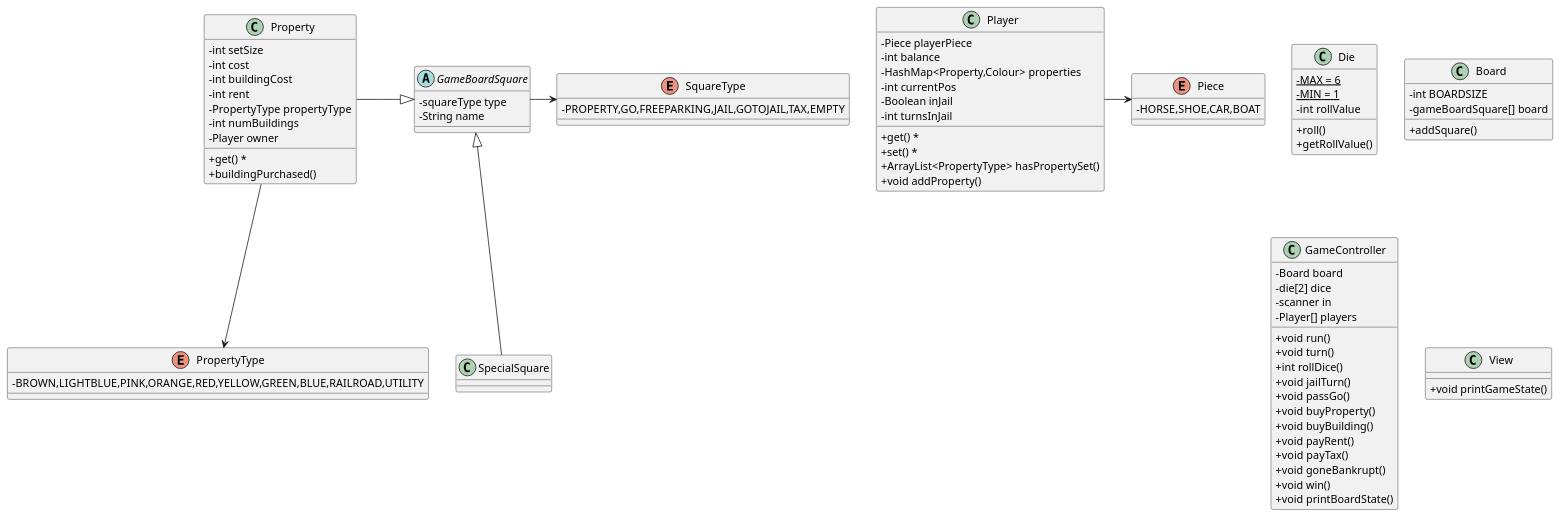
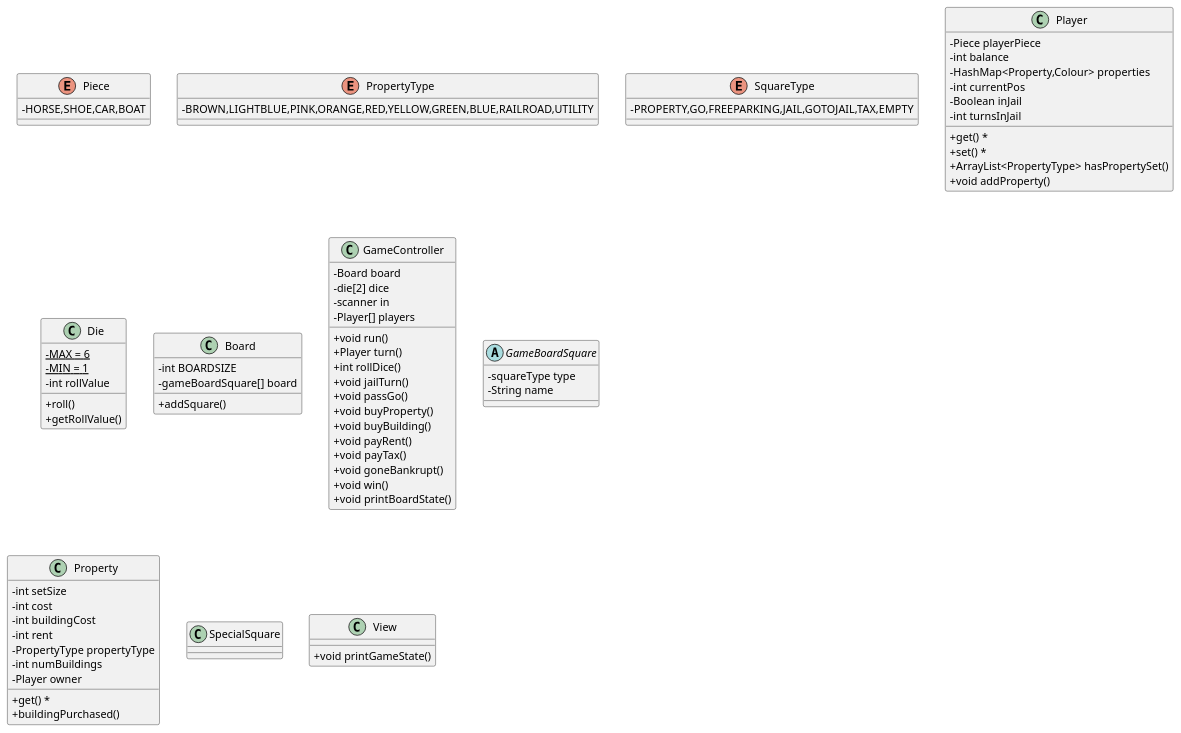
The diagram in src/UML.puml (Everfeather/monopoly_12), drawn with PlantUML before and after one commit. The commit also changed 2 other files, not shown here.

Commit message:
fixed: propertyType, squareType

```diff
--- a/src/UML.puml
+++ b/src/UML.puml
@@ -1,100 +1,100 @@
 @startuml
 
 'https://plantuml.com/class-diagram
 skinparam classAttributeIconSize 0
 
 
-Property -|> GameBoardSquare
-Property --> PropertyType
+'Property -|> GameBoardSquare
+'Property --> PropertyType
 
-Player -> Piece
+'Player -> Piece
 
-SpecialSquare --up|> GameBoardSquare
+'SpecialSquare --up|> GameBoardSquare
 
-GameBoardSquare -> SquareType
+'GameBoardSquare -> SquareType
 
 enum Piece{
     -HORSE,SHOE,CAR,BOAT
 }
 
 enum PropertyType{
     -BROWN,LIGHTBLUE,PINK,ORANGE,RED,YELLOW,GREEN,BLUE,RAILROAD,UTILITY
 }
 
 enum SquareType{
     -PROPERTY,GO,FREEPARKING,JAIL,GOTOJAIL,TAX,EMPTY
 }
 
 class Player{
     -Piece playerPiece
     -int balance
     -HashMap<Property,Colour> properties
     -int currentPos
     -Boolean inJail
     -int turnsInJail
     + get() *
     + set() *
     + ArrayList<PropertyType> hasPropertySet()
     + void addProperty()
 }
 
 class Die{
     - {static} MAX = 6
     - {static} MIN = 1
     -int rollValue
     +roll()
     +getRollValue()
 }
 
 class Board{
     - int BOARDSIZE
     - gameBoardSquare[] board
     + addSquare()
 }
 
 class GameController{
     -Board board
     -die[2] dice
     -scanner in
     -Player[] players
     +void run()
-    +void turn()
+    +Player turn()
     +int rollDice()
     +void jailTurn()
     +void passGo()
     +void buyProperty()
     +void buyBuilding()
     +void payRent()
     +void payTax()
     +void goneBankrupt()
     +void win()
     +void printBoardState()
 
 }
 
 abstract class GameBoardSquare{
     -squareType type
     -String name
 }
 
 class Property {
     -int setSize
     -int cost
     -int buildingCost
     -int rent
     -PropertyType propertyType
     -int numBuildings
     -Player owner
     +get() *
     +buildingPurchased()
 
 }
 
 class SpecialSquare{
 
 }
 
 class View{
     +void printGameState()
 }
 @enduml
```
